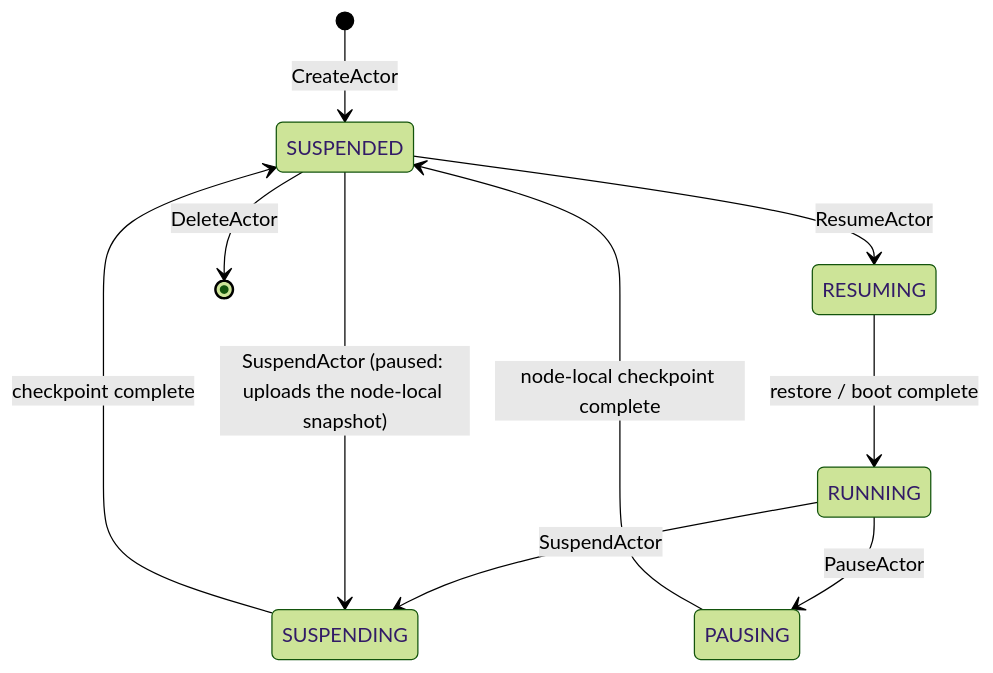
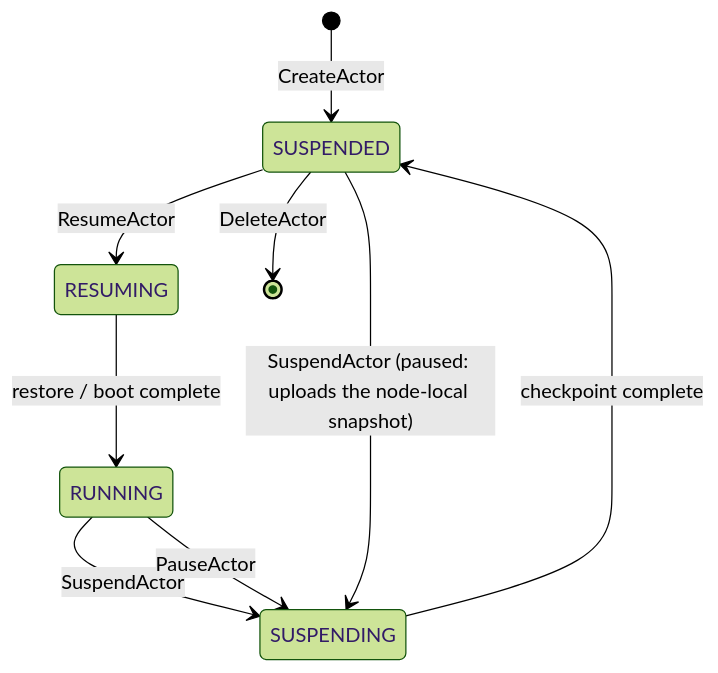
Before and after one commit to agent-substrate/substrate: the third of 3 diagrams in docs/architecture.md, drawn with Mermaid (forest theme). The commit also changed other lines of this file and 20 other files, not shown here.

````diff
--- a/docs/architecture.md
+++ b/docs/architecture.md
@@ -417,12 +417,11 @@
 ```mermaid
 stateDiagram-v2
     [*] --> SUSPENDED : CreateActor
     SUSPENDED --> RESUMING : ResumeActor
     RESUMING --> RUNNING : restore / boot complete
     RUNNING --> SUSPENDING : SuspendActor
     SUSPENDING --> SUSPENDED : checkpoint complete
-    RUNNING --> PAUSING : PauseActor
-    PAUSING --> SUSPENDED : node-local checkpoint complete
+    RUNNING --> SUSPENDING : PauseActor
     SUSPENDED --> SUSPENDING : SuspendActor (paused: uploads the node-local snapshot)
     SUSPENDED --> [*] : DeleteActor
 ```
````
